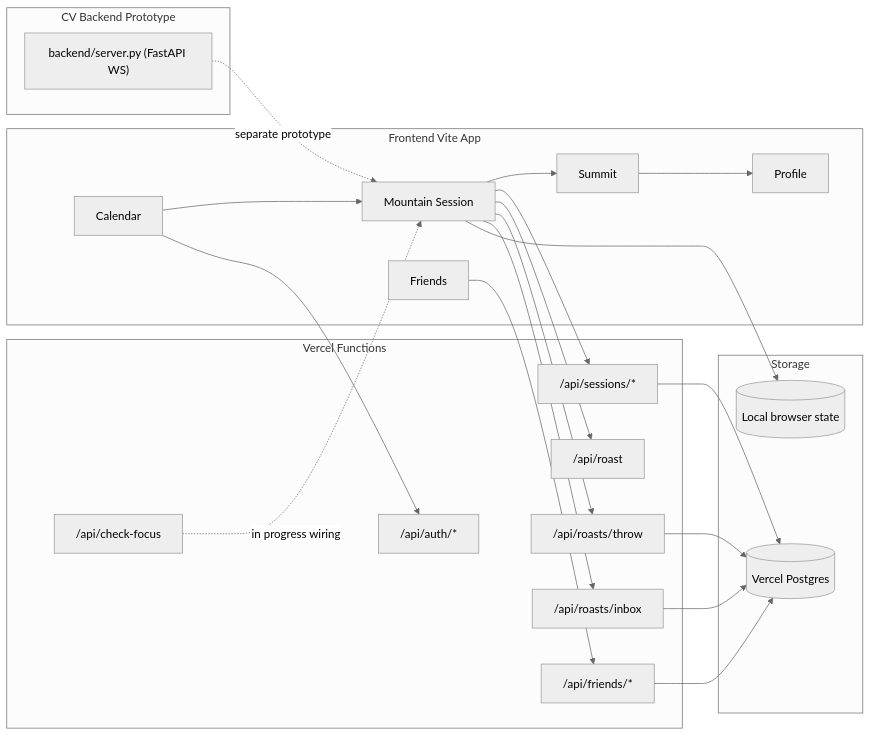
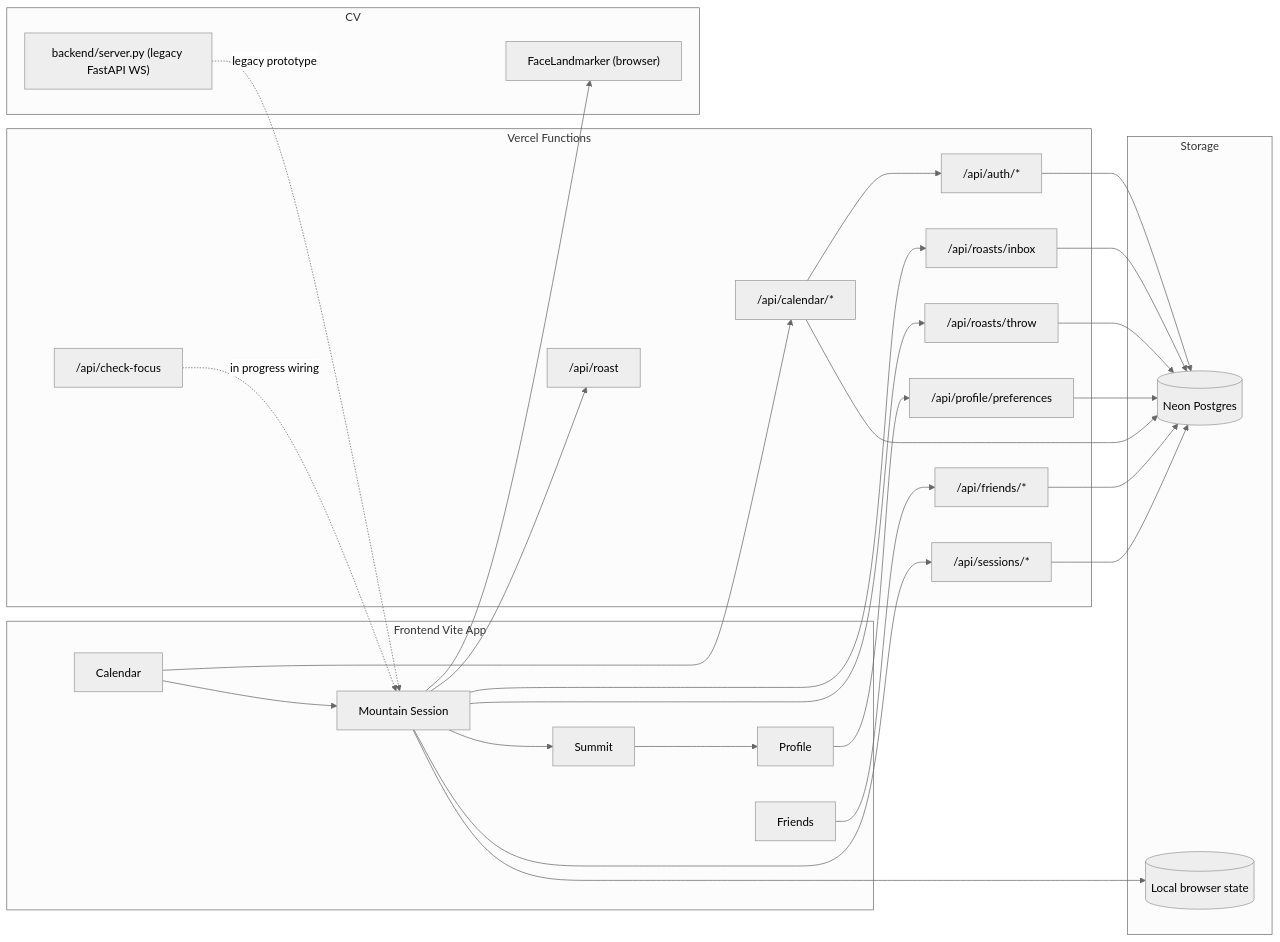
Before and after one commit to zachgalbs/nyu-eeg-hack: the diagram in README.md, drawn with Mermaid (neutral theme). The commit also changed other lines of this file, not shown here.

````diff
--- a/README.md
+++ b/README.md
@@ -120,44 +124,53 @@
 ```mermaid
 flowchart LR
   subgraph client [Frontend Vite App]
     Calendar[Calendar]
     Mountain[Mountain Session]
     Summit[Summit]
     Friends[Friends]
     Profile[Profile]
   end
 
   subgraph serverless [Vercel Functions]
     Auth["/api/auth/*"]
+    CalendarApi["/api/calendar/*"]
+    ProfileApi["/api/profile/preferences"]
     FriendsApi["/api/friends/*"]
     SessionsApi["/api/sessions/*"]
     FocusApi["/api/check-focus"]
     RoastApi["/api/roast"]
     RoastThrowApi["/api/roasts/throw"]
     RoastInboxApi["/api/roasts/inbox"]
   end
 
   subgraph data [Storage]
-    VercelPostgres[(Vercel Postgres)]
+    NeonPg[(Neon Postgres)]
     LocalState[(Local browser state)]
   end
 
-  subgraph cv [CV Backend Prototype]
-    EyeServer["backend/server.py (FastAPI WS)"]
+  subgraph cv [CV]
+    Tracker["FaceLandmarker (browser)"]
+    EyeServer["backend/server.py (legacy FastAPI WS)"]
   end
 
+  Calendar --> CalendarApi
+  CalendarApi --> Auth
   Calendar --> Mountain --> Summit --> Profile
+  Profile --> ProfileApi
   Friends --> FriendsApi
-  Calendar --> Auth
   Mountain --> SessionsApi
   Mountain --> RoastApi
   Mountain --> RoastThrowApi
   Mountain --> RoastInboxApi
-  SessionsApi --> VercelPostgres
-  FriendsApi --> VercelPostgres
-  RoastThrowApi --> VercelPostgres
-  RoastInboxApi --> VercelPostgres
+  Mountain --> Tracker
+  SessionsApi --> NeonPg
+  FriendsApi --> NeonPg
+  CalendarApi --> NeonPg
+  ProfileApi --> NeonPg
+  RoastThrowApi --> NeonPg
+  RoastInboxApi --> NeonPg
+  Auth --> NeonPg
   Mountain --> LocalState
   FocusApi -.in progress wiring.-> Mountain
-  EyeServer -.separate prototype.-> Mountain
+  EyeServer -.legacy prototype.-> Mountain
 ```
````
